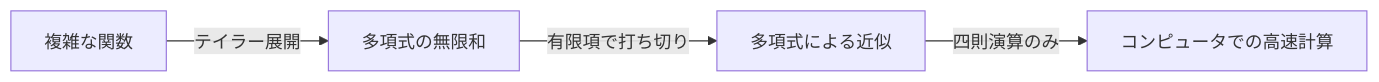
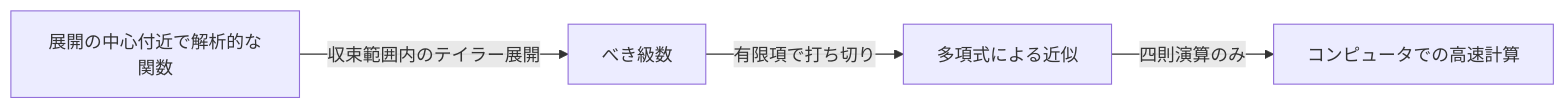
One commit to kenjinote/blog changed the diagram in content/post/taylor-and-maclaurin-series/index.md. Above: the diagram before and after it, drawn with Mermaid. The commit also changed other lines of this file and 3 other files, not shown here.

````diff
--- a/content/post/taylor-and-maclaurin-series/index.md
+++ b/content/post/taylor-and-maclaurin-series/index.md
@@ -26,6 +27,6 @@
 ```mermaid
 flowchart LR
-    A["複雑な関数"] -->|"テイラー展開"| B["多項式の無限和"]
+    A["展開の中心付近で解析的な関数"] -->|"収束範囲内のテイラー展開"| B["べき級数"]
     B -->|"有限項で打ち切り"| C["多項式による近似"]
     C -->|"四則演算のみ"| D["コンピュータでの高速計算"]
 ```
````
